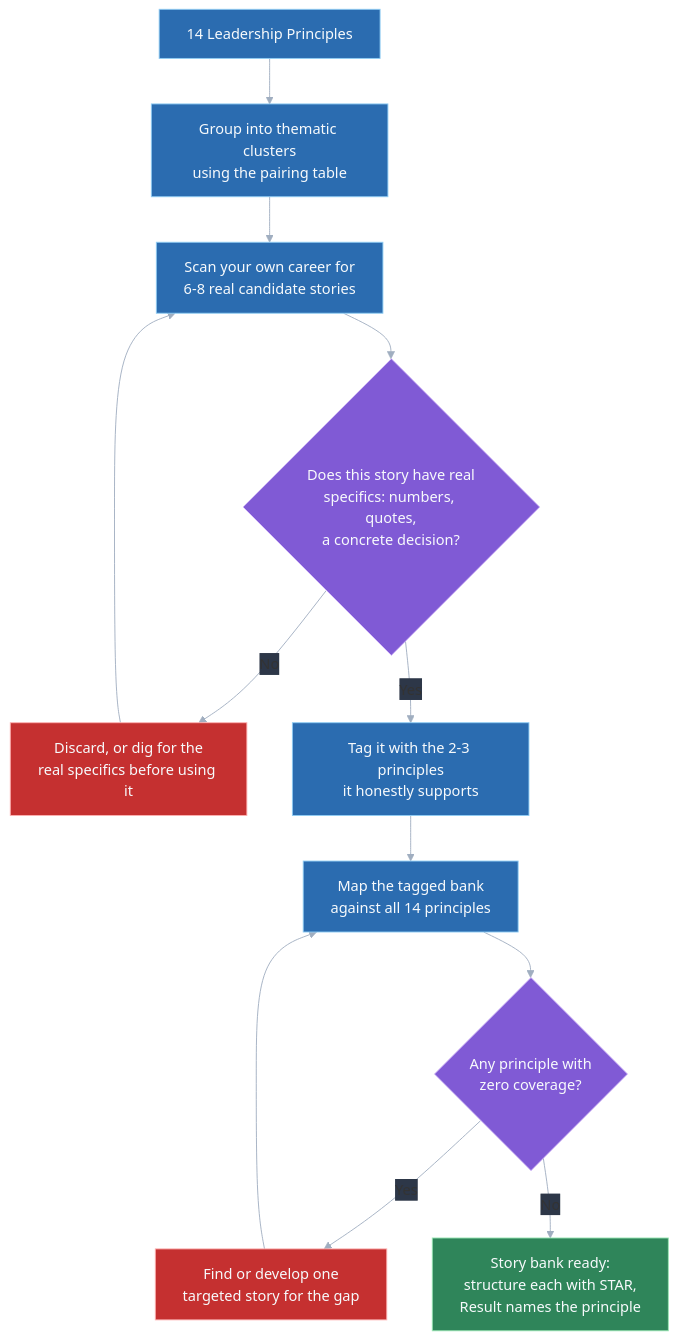
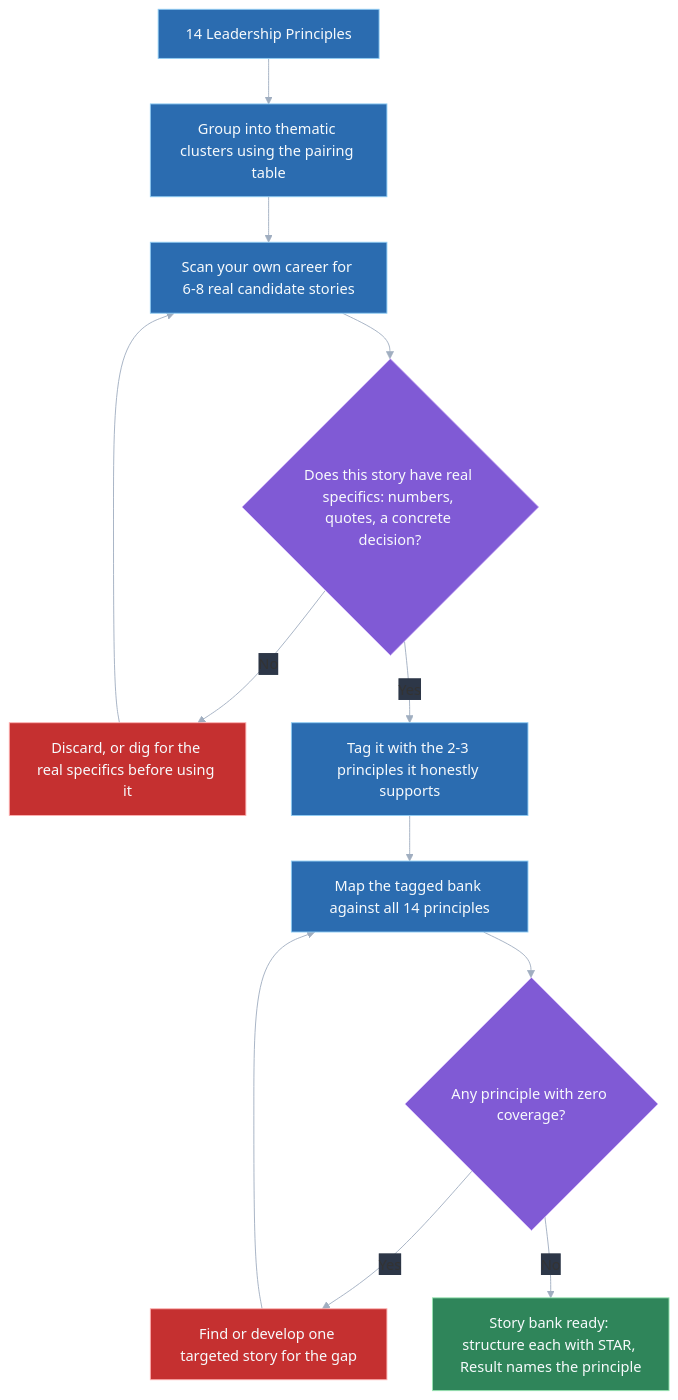
The first of 2 diagrams in data/topics/amazon-leadership-principles.md (vinayakhumberi/litmus), drawn with Mermaid before and after one commit. The commit also changed other lines of this file and 68 other files, not shown here.

````diff
--- a/data/topics/amazon-leadership-principles.md
+++ b/data/topics/amazon-leadership-principles.md
@@ -136,25 +136,25 @@
 ```mermaid
 %%{init: {"theme": "base", "themeVariables": {"lineColor": "#a0aec0", "edgeLabelBackground": "#2d3748", "textColor": "#f7fafc"}}}%%
 graph TD
-    A["14 Leadership Principles"] --> B["Group into thematic clusters<br>using the pairing table"]
-    B --> C["Scan your own career for<br>6-8 real candidate stories"]
-    C --> D{"Does this story have real<br>specifics: numbers, quotes,<br>a concrete decision?"}
-    D -- "No" --> E["Discard, or dig for the<br>real specifics before using it"]
+    A["14 Leadership Principles"] --> B["Group into thematic clusters using the pairing table"]
+    B --> C["Scan your own career for 6-8 real candidate stories"]
+    C --> D{"Does this story have real specifics: numbers, quotes, a concrete decision?"}
+    D -- "No" --> E["Discard, or dig for the real specifics before using it"]
     E --> C
-    D -- "Yes" --> F["Tag it with the 2-3 principles<br>it honestly supports"]
-    F --> G["Map the tagged bank<br>against all 14 principles"]
-    G --> H{"Any principle with<br>zero coverage?"}
-    H -- "Yes" --> I["Find or develop one<br>targeted story for the gap"]
+    D -- "Yes" --> F["Tag it with the 2-3 principles it honestly supports"]
+    F --> G["Map the tagged bank against all 14 principles"]
+    G --> H{"Any principle with zero coverage?"}
+    H -- "Yes" --> I["Find or develop one targeted story for the gap"]
     I --> G
-    H -- "No" --> J["Story bank ready:<br>structure each with STAR,<br>Result names the principle"]
+    H -- "No" --> J["Story bank ready: structure each with STAR, Result names the principle"]
 
     classDef stage fill:#2b6cb0,stroke:#90cdf4,color:#f7fafc
     classDef decision fill:#805ad5,stroke:#d6bcfa,color:#f7fafc
     classDef fix fill:#c53030,stroke:#feb2b2,color:#f7fafc
     classDef done fill:#2f855a,stroke:#9ae6b4,color:#f7fafc
 
     class A,B,C,F,G stage
     class D,H decision
     class E,I fix
     class J done
 ```
````
